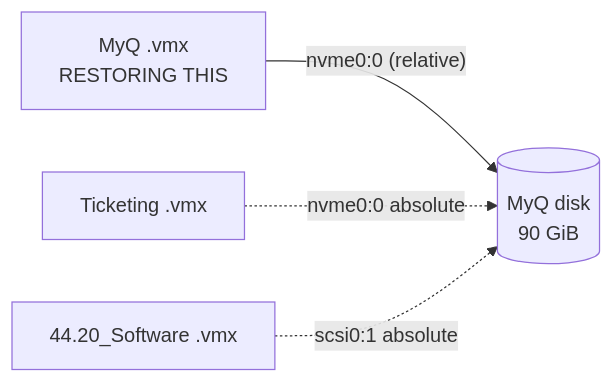
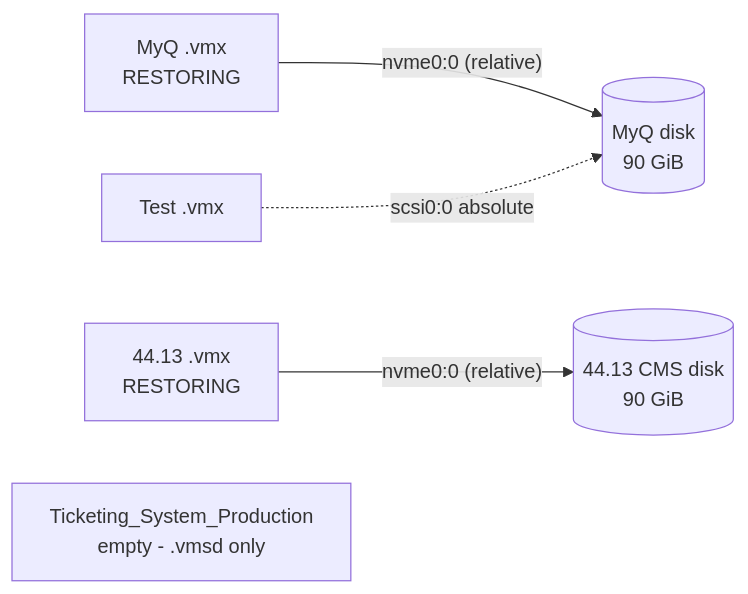
Before and after one commit to aniksarakash/VFMS_Recovery: the first of 5 diagrams in MIGRATION.md, drawn with Mermaid. The commit also changed other lines of this file and 1 other file, not shown here.

````diff
--- a/MIGRATION.md
+++ b/MIGRATION.md
@@ -40,7 +97,9 @@
 ```mermaid
 flowchart LR
   MYQ[("MyQ disk<br/>90 GiB")]
-  MyQvmx["MyQ .vmx<br/>RESTORING THIS"] -->|"nvme0:0 (relative)"| MYQ
-  Tick["Ticketing .vmx"] -.->|"nvme0:0 absolute"| MYQ
-  Soft["44.20_Software .vmx"] -.->|"scsi0:1 absolute"| MYQ
+  CMS[("44.13 CMS disk<br/>90 GiB")]
+  MyQvmx["MyQ .vmx<br/>RESTORING"] -->|"nvme0:0 (relative)"| MYQ
+  CMSvmx["44.13 .vmx<br/>RESTORING"] -->|"nvme0:0 (relative)"| CMS
+  Test["Test .vmx"] -.->|"scsi0:0 absolute"| MYQ
+  Tick["Ticketing_System_Production<br/>empty - .vmsd only"]
 ```
````
